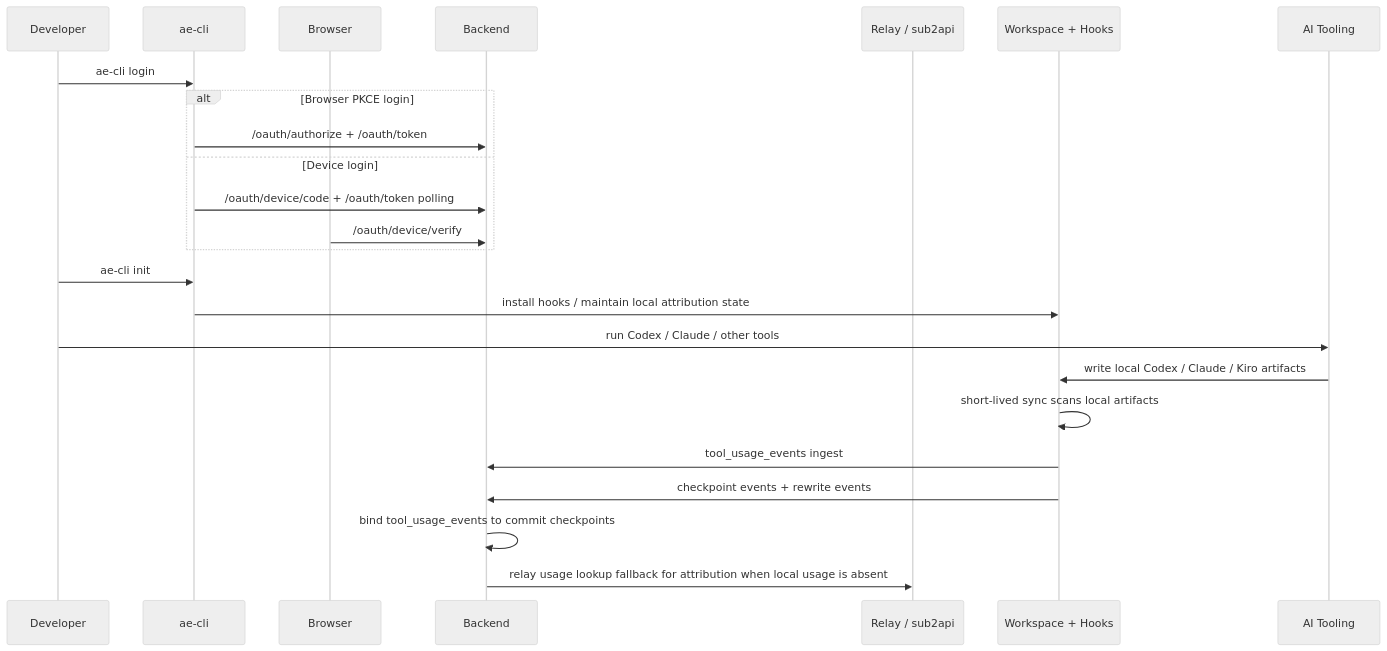
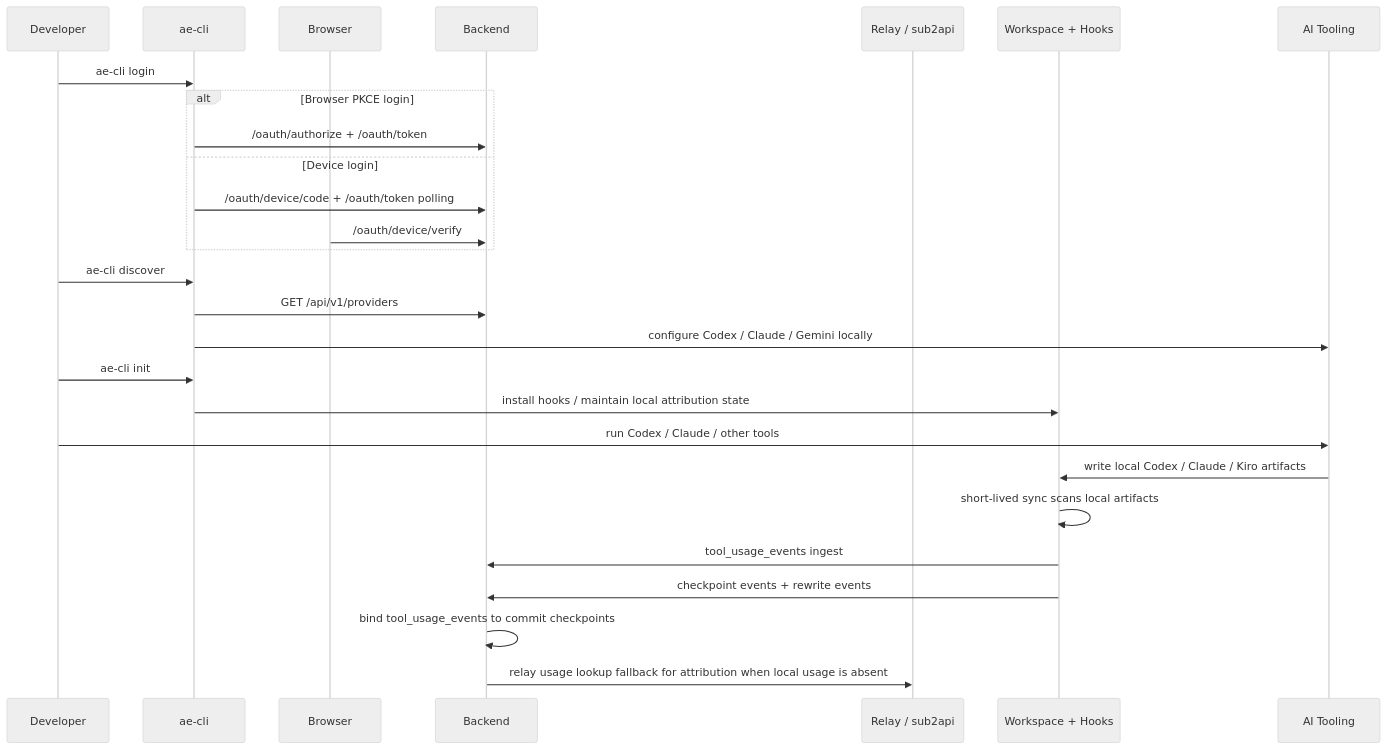
One commit to LichKing-2234/ai-efficiency changed the third of 4 diagrams in docs/architecture.md. Above: the diagram before and after it, drawn with Mermaid (neutral theme). The commit also changed other lines of this file and 13 other files, not shown here.

Commit message:
feat(ae-cli): add deterministic tool configuration

````diff
--- a/docs/architecture.md
+++ b/docs/architecture.md
@@ -124,27 +126,30 @@
 ```mermaid
 sequenceDiagram
     participant Dev as Developer
     participant CLI as ae-cli
     participant Browser as Browser
     participant BE as Backend
     participant Relay as Relay / sub2api
     participant WS as Workspace + Hooks
     participant Tool as AI Tooling
 
     Dev->>CLI: ae-cli login
     alt Browser PKCE login
         CLI->>BE: /oauth/authorize + /oauth/token
     else Device login
         CLI->>BE: /oauth/device/code + /oauth/token polling
         Browser->>BE: /oauth/device/verify
     end
+    Dev->>CLI: ae-cli discover
+    CLI->>BE: GET /api/v1/providers
+    CLI->>Tool: configure Codex / Claude / Gemini locally
     Dev->>CLI: ae-cli init
     CLI->>WS: install hooks / maintain local attribution state
     Dev->>Tool: run Codex / Claude / other tools
     Tool->>WS: write local Codex / Claude / Kiro artifacts
     WS->>WS: short-lived sync scans local artifacts
     WS->>BE: tool_usage_events ingest
     WS->>BE: checkpoint events + rewrite events
     BE->>BE: bind tool_usage_events to commit checkpoints
     BE->>Relay: relay usage lookup fallback for attribution when local usage is absent
 ```
````
